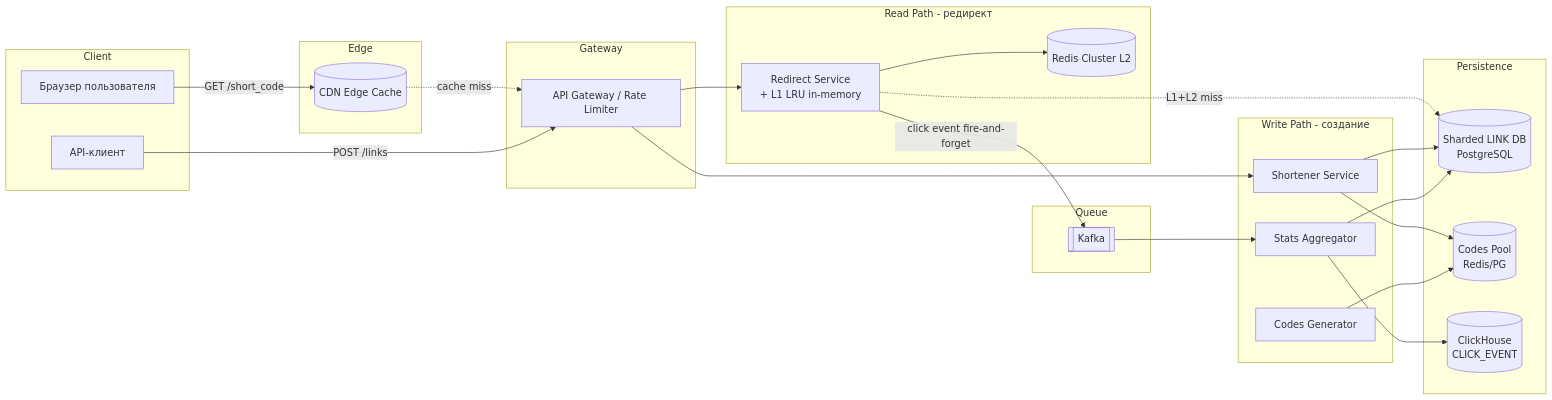
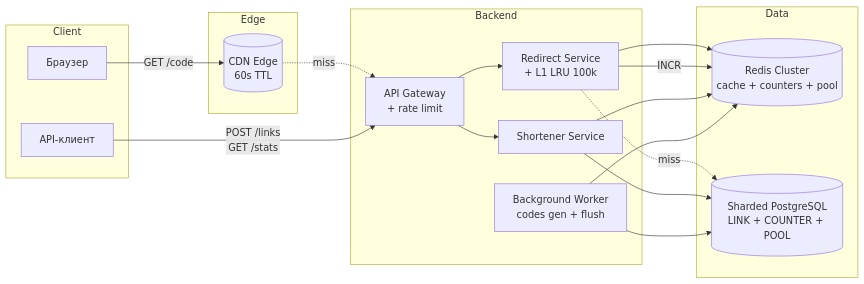
The third of 9 diagrams in README.md (f1yToMoon/url_shortener), drawn with Mermaid before and after one commit. The commit also changed other lines of this file, not shown here.

````diff
--- a/README.md
+++ b/README.md
@@ -177,55 +274,40 @@
 ```mermaid
 graph LR
   subgraph Client
-    UserBrowser[Браузер пользователя]
+    UserBrowser[Браузер]
     APIClient[API-клиент]
   end
 
   subgraph Edge
-    CDN[(CDN Edge Cache)]
+    CDN[(CDN Edge<br/>60s TTL)]
   end
 
-  subgraph Gateway
-    APIGateway[API Gateway / Rate Limiter]
+  subgraph Backend
+    GW[API Gateway<br/>+ rate limit]
+    Redir[Redirect Service<br/>+ L1 LRU 100k]
+    Short[Shortener Service]
+    Worker[Background Worker<br/>codes gen + flush]
   end
 
-  subgraph ReadPath["Read Path - редирект"]
-    RedirectSvc[Redirect Service<br/>+ L1 LRU in-memory]
-    RedisL2[(Redis Cluster L2)]
+  subgraph Data
+    Redis[(Redis Cluster<br/>cache + counters + pool)]
+    PG[(Sharded PostgreSQL<br/>LINK + COUNTER + POOL)]
   end
 
-  subgraph WritePath["Write Path - создание"]
-    ShortenerSvc[Shortener Service]
-    CodesGen[Codes Generator]
-    StatsAgg[Stats Aggregator]
-  end
+  UserBrowser -->|GET /code| CDN
+  CDN -.miss.-> GW
+  APIClient -->|POST /links<br/>GET /stats| GW
 
-  subgraph Persistence
-    LinkDB[(Sharded LINK DB<br/>PostgreSQL)]
-    Pool[(Codes Pool<br/>Redis/PG)]
-    Clickhouse[(ClickHouse<br/>CLICK_EVENT)]
-  end
+  GW --> Redir
+  GW --> Short
 
-  subgraph Queue
-    Kafka[[Kafka]]
-  end
+  Redir --> Redis
+  Redir -.miss.-> PG
+  Redir -->|INCR| Redis
 
-  UserBrowser -->|GET /short_code| CDN
-  CDN -.cache miss.-> APIGateway
-  APIClient -->|POST /links| APIGateway
+  Short --> Redis
+  Short --> PG
 
-  APIGateway --> RedirectSvc
-  APIGateway --> ShortenerSvc
-
-  RedirectSvc --> RedisL2
-  RedirectSvc -.L1+L2 miss.-> LinkDB
-  RedirectSvc -->|click event fire-and-forget| Kafka
-
-  ShortenerSvc --> Pool
-  ShortenerSvc --> LinkDB
-  CodesGen --> Pool
-
-  Kafka --> StatsAgg
-  StatsAgg --> Clickhouse
-  StatsAgg --> LinkDB
+  Worker --> Redis
+  Worker --> PG
 ```
````
